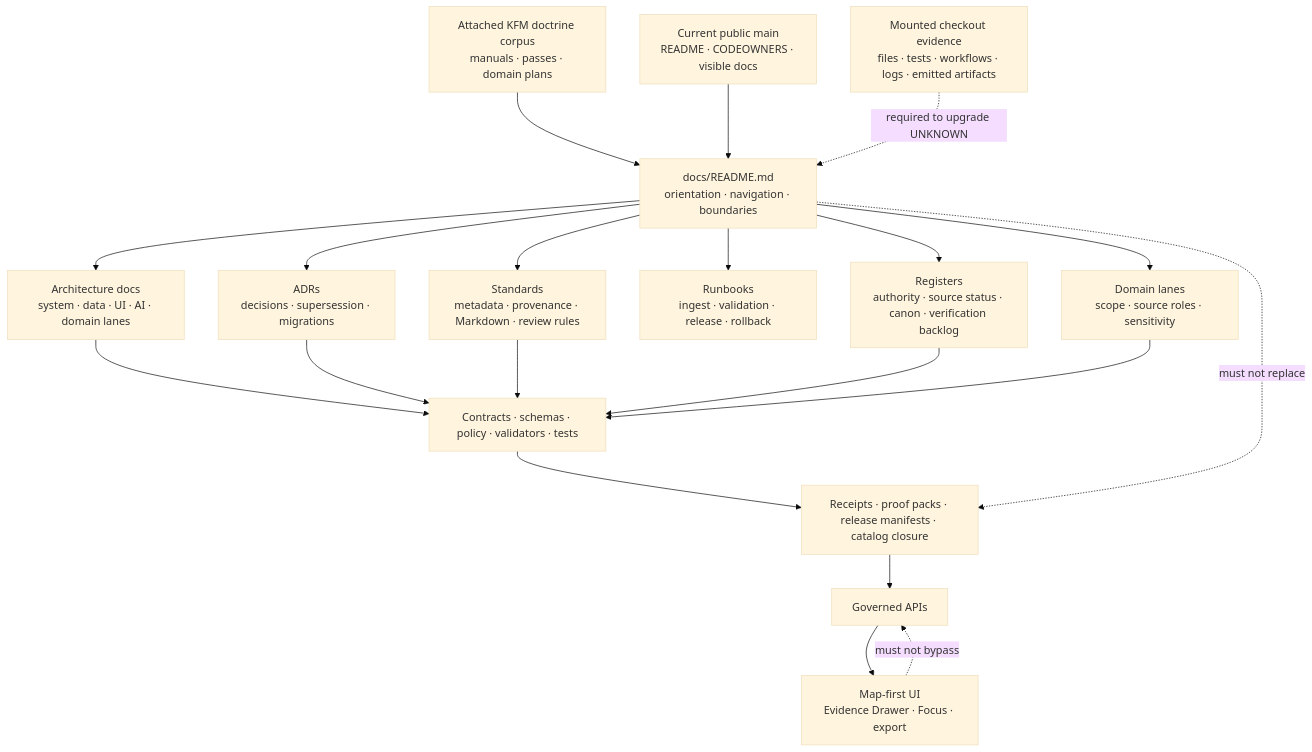
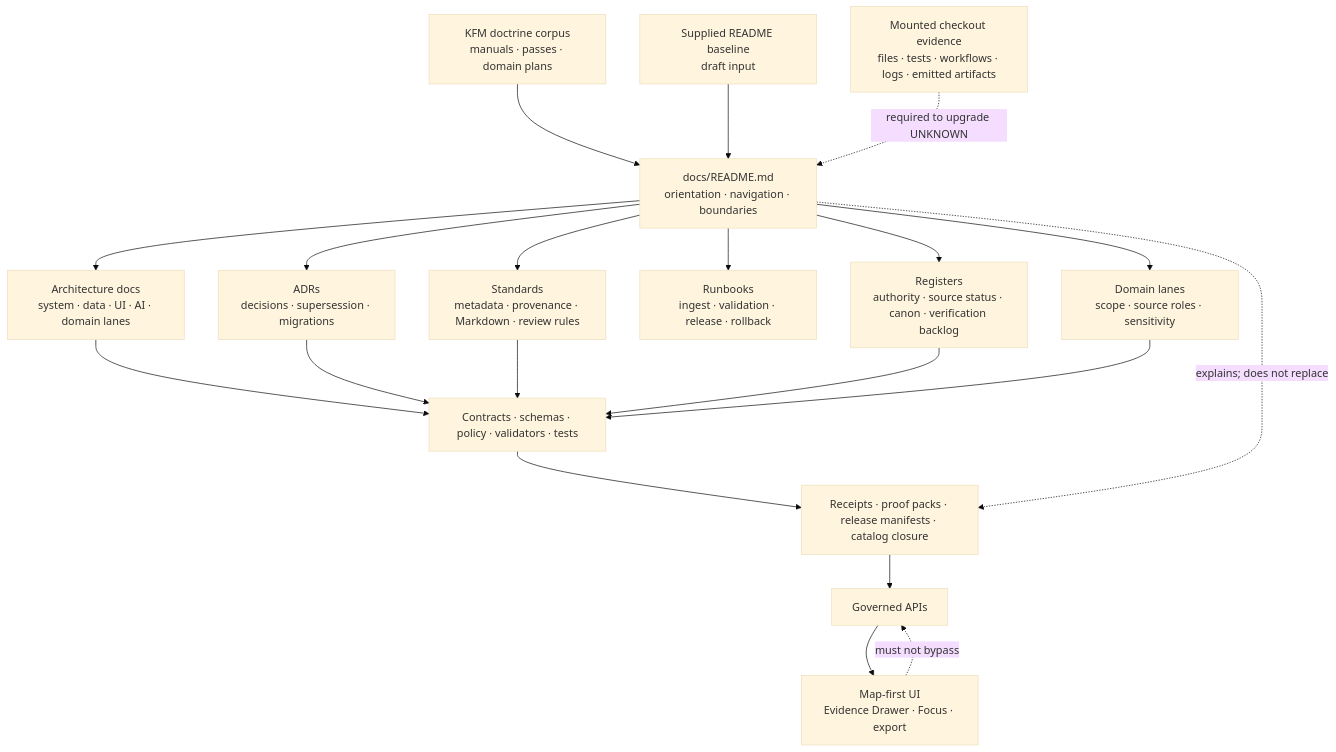
The diagram in docs/README.md (bartytime4life/Kansas-Frontier-Matrix), drawn with Mermaid (base theme) before and after one commit. The commit also changed other lines of this file, not shown here.

````diff
--- a/docs/README.md
+++ b/docs/README.md
@@ -245,26 +318,26 @@
 ```mermaid
 flowchart TB
-    corpus["Attached KFM doctrine corpus<br/>manuals · passes · domain plans"] --> docs["docs/README.md<br/>orientation · navigation · boundaries"]
-    publicMain["Current public main<br/>README · CODEOWNERS · visible docs"] --> docs
+    doctrine["KFM doctrine corpus<br/>manuals · passes · domain plans"] --> docs["docs/README.md<br/>orientation · navigation · boundaries"]
+    supplied["Supplied README baseline<br/>draft input"] --> docs
     checkout["Mounted checkout evidence<br/>files · tests · workflows · logs · emitted artifacts"] -. "required to upgrade UNKNOWN" .-> docs
 
     docs --> arch["Architecture docs<br/>system · data · UI · AI · domain lanes"]
     docs --> adr["ADRs<br/>decisions · supersession · migrations"]
     docs --> standards["Standards<br/>metadata · provenance · Markdown · review rules"]
     docs --> runbooks["Runbooks<br/>ingest · validation · release · rollback"]
     docs --> registers["Registers<br/>authority · source status · canon · verification backlog"]
     docs --> domains["Domain lanes<br/>scope · source roles · sensitivity"]
 
     arch --> gates["Contracts · schemas · policy · validators · tests"]
     adr --> gates
     standards --> gates
     registers --> gates
     domains --> gates
 
     gates --> proof["Receipts · proof packs · release manifests · catalog closure"]
     proof --> api["Governed APIs"]
     api --> ui["Map-first UI<br/>Evidence Drawer · Focus · export"]
 
-    docs -. "must not replace" .-> proof
+    docs -. "explains; does not replace" .-> proof
     ui -. "must not bypass" .-> api
 ```
````
